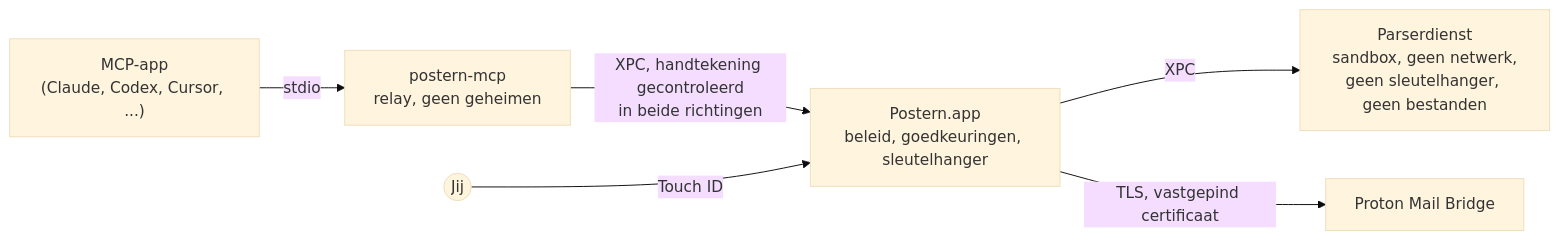
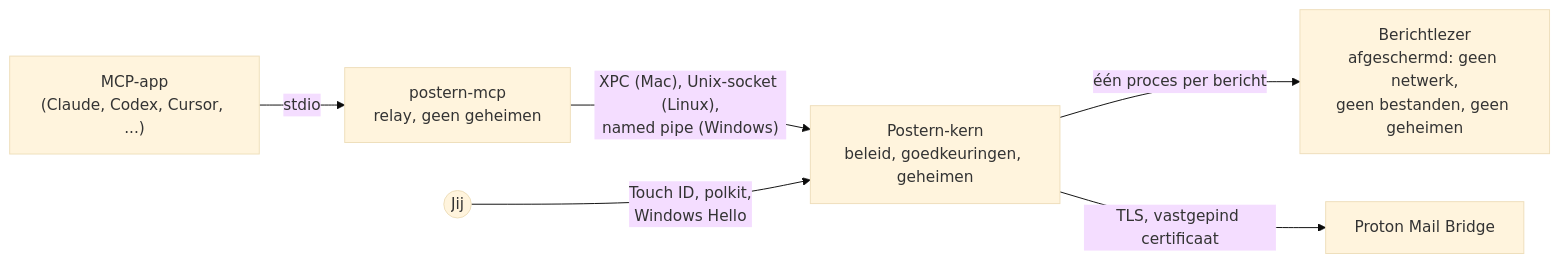
One commit to ruben4reall/postern changed the diagram in README.nl.md. Above: the diagram before and after it, drawn with Mermaid (base theme). The commit also changed other lines of this file and 30 other files, not shown here.

````diff
--- a/README.nl.md
+++ b/README.nl.md
@@ -368,8 +401,8 @@
 ```mermaid
 flowchart LR
     client["MCP-app<br>(Claude, Codex, Cursor, ...)"] -- "stdio" --> relay["postern-mcp<br>relay, geen geheimen"]
-    relay -- "XPC, handtekening gecontroleerd<br>in beide richtingen" --> core["Postern.app<br>beleid, goedkeuringen, sleutelhanger"]
-    core -- "XPC" --> parser["Parserdienst<br>sandbox, geen netwerk,<br>geen sleutelhanger, geen bestanden"]
+    relay -- "XPC (Mac), Unix-socket (Linux),<br>named pipe (Windows)" --> core["Postern-kern<br>beleid, goedkeuringen, geheimen"]
+    core -- "één proces per bericht" --> parser["Berichtlezer<br>afgeschermd: geen netwerk,<br>geen bestanden, geen geheimen"]
     core -- "TLS, vastgepind certificaat" --> bridge["Proton Mail Bridge"]
-    you(("Jij")) -- "Touch ID" --> core
+    you(("Jij")) -- "Touch ID, polkit,<br>Windows Hello" --> core
 ```
````
